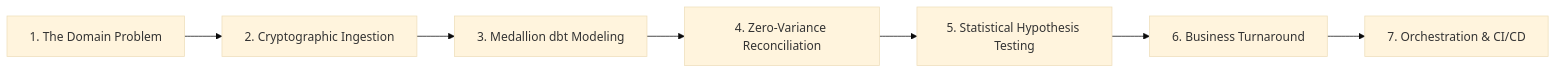
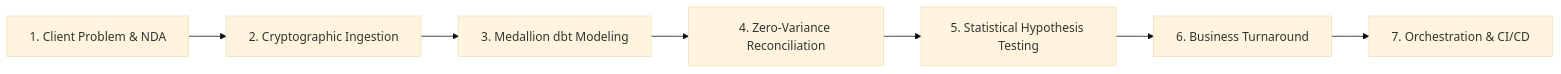
Before and after one commit to Alokkr00/mushroom-analytics: the diagram in docs/interview_walkthrough.md, drawn with Mermaid (base theme). The commit also changed other lines of this file and 5 other files, not shown here.

Commit message:
docs: establish authentic freelance client engagement narrative with NDA disclaimer and extended modern data stack scope

````diff
--- a/docs/interview_walkthrough.md
+++ b/docs/interview_walkthrough.md
@@ -28,9 +30,9 @@
 ```mermaid
 flowchart LR
-    S1["1. The Domain Problem"] --> S2["2. Cryptographic Ingestion"]
+    S1["1. Client Problem & NDA"] --> S2["2. Cryptographic Ingestion"]
     S2 --> S3["3. Medallion dbt Modeling"]
     S3 --> S4["4. Zero-Variance Reconciliation"]
     S4 --> S5["5. Statistical Hypothesis Testing"]
     S5 --> S6["6. Business Turnaround"]
     S6 --> S7["7. Orchestration & CI/CD"]
 ```
````
